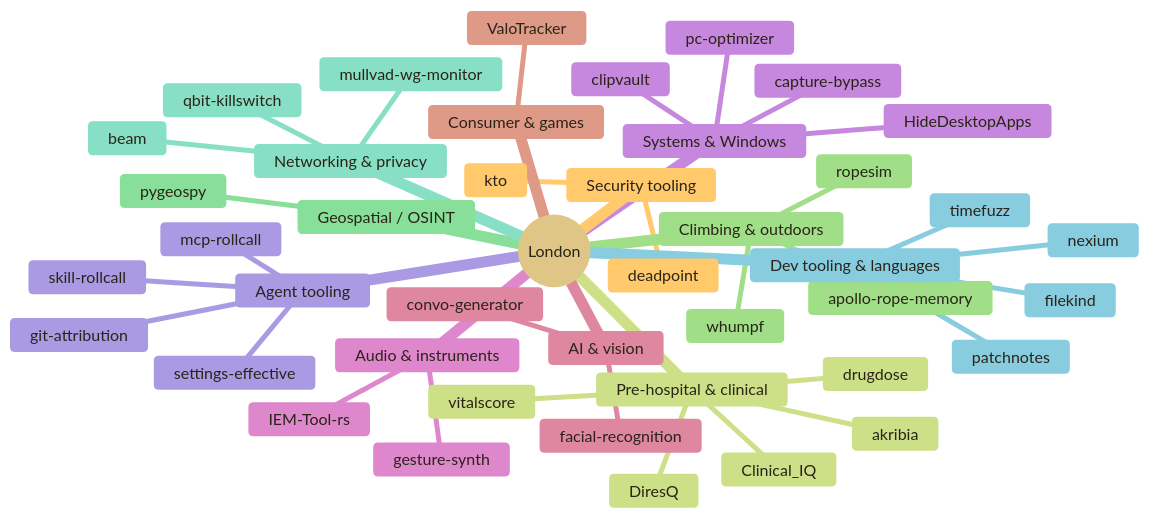
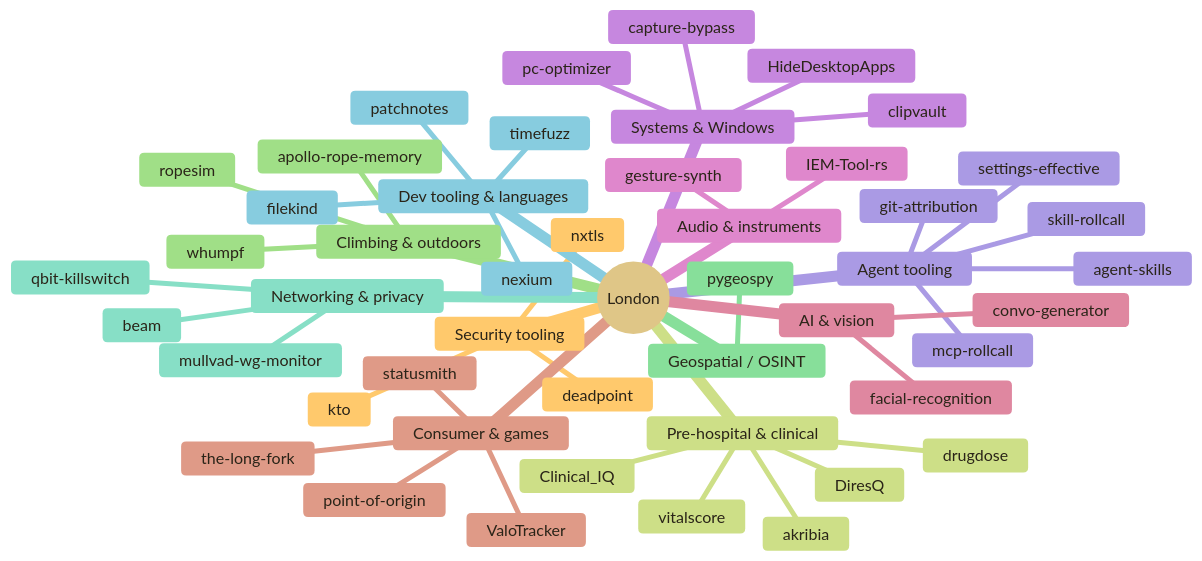
Before and after one commit to Londopy/Londopy: the diagram in README.md, drawn with Mermaid. The commit also changed other lines of this file, not shown here.

First line of the commit message:
README: nxtls and the-long-fork; DiresQ's Reverie Hacks bronze

````diff
--- a/README.md
+++ b/README.md
@@ -159,47 +165,52 @@
 ```mermaid
 %%{init: {'theme':'base','themeVariables':{'primaryColor':'#FAF6EC','primaryTextColor':'#2A2418','primaryBorderColor':'#7A5C3A','lineColor':'#7A5C3A','tertiaryColor':'#FFF8EC'}}}%%
 mindmap
   root((London))
     Systems & Windows
       capture-bypass
       HideDesktopApps
       clipvault
       pc-optimizer
     Security tooling
       kto
       deadpoint
+      nxtls
     Pre-hospital & clinical
       drugdose
       vitalscore
       Clinical_IQ
       akribia
       DiresQ
     Climbing & outdoors
       ropesim
       whumpf
       apollo-rope-memory
     Geospatial / OSINT
       pygeospy
     Networking & privacy
       qbit-killswitch
       mullvad-wg-monitor
       beam
     Dev tooling & languages
       nexium
       patchnotes
       timefuzz
       filekind
     Agent tooling
+      agent-skills
       skill-rollcall
       mcp-rollcall
       settings-effective
       git-attribution
     Audio & instruments
       gesture-synth
       IEM-Tool-rs
     AI & vision
       facial-recognition
       convo-generator
     Consumer & games
       ValoTracker
+      statusmith
+      point-of-origin
+      the-long-fork
 ```
````
